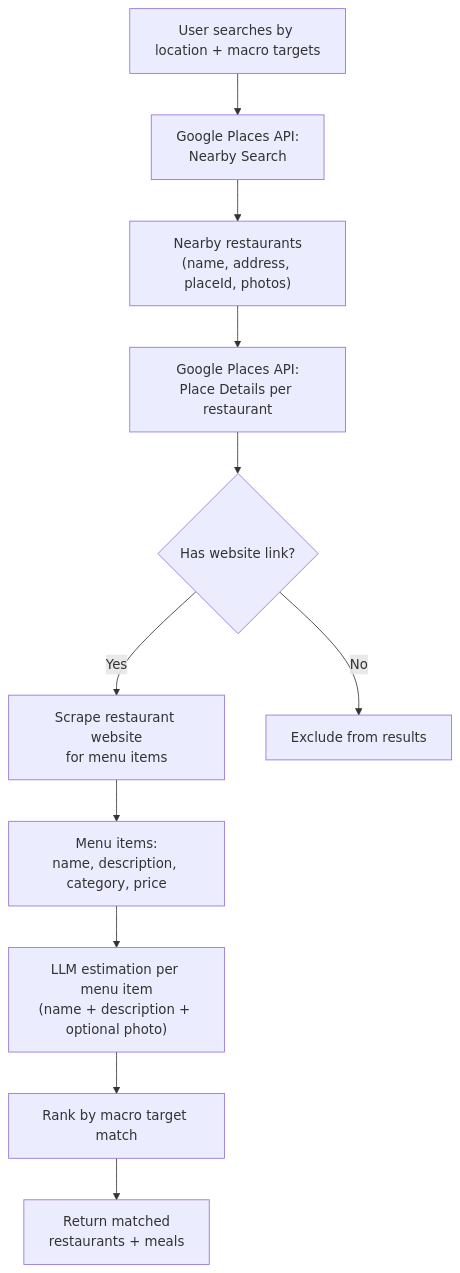
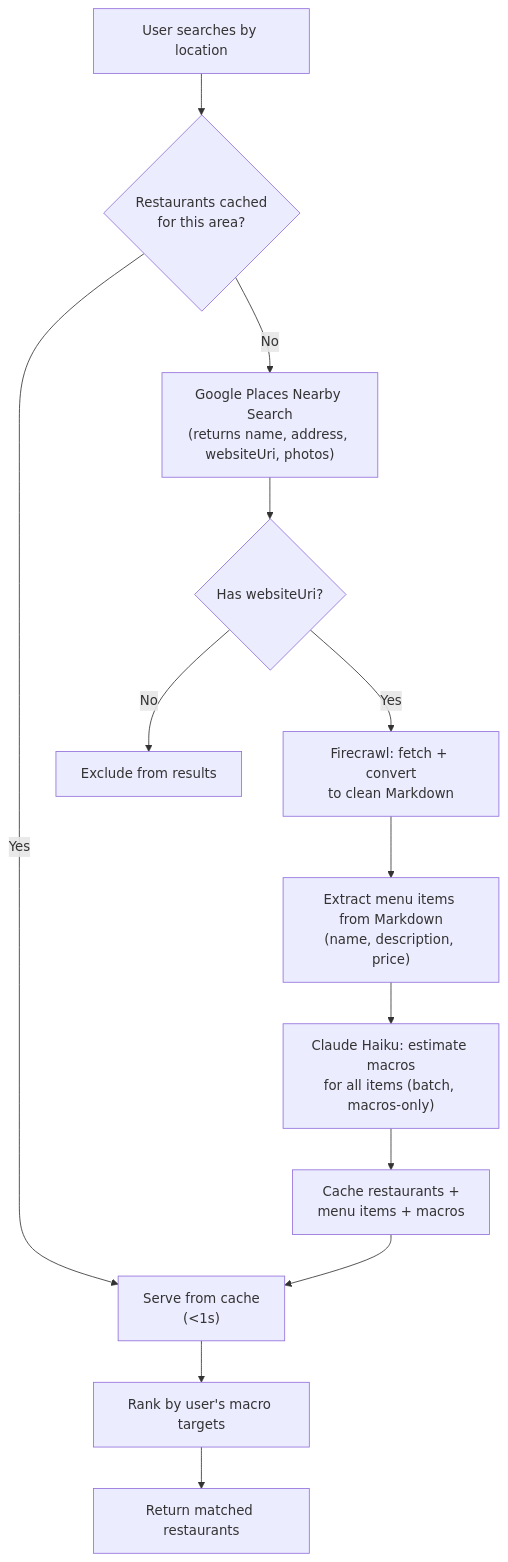
Before and after one commit to dgmolla/fitsy: the second of 3 diagrams in docs/engineering/backend/system-design.md, drawn with Mermaid. The commit also changed other lines of this file and 1 other file, not shown here.

First line of the commit message:
Major system design update: scraping architecture + cost model

````diff
--- a/docs/engineering/backend/system-design.md
+++ b/docs/engineering/backend/system-design.md
@@ -81,17 +76,20 @@
 ```mermaid
 flowchart TD
-    Search["User searches by location + macro targets"]
-    Search --> GP["Google Places API:<br/>Nearby Search"]
-    GP --> Restaurants["Nearby restaurants<br/>(name, address, placeId, photos)"]
-    Restaurants --> Details["Google Places API:<br/>Place Details per restaurant"]
-    Details --> HasWebsite{"Has website link?"}
+    Search["User searches by location"]
+    Search --> Cache{"Restaurants cached<br/>for this area?"}
 
-    HasWebsite -- "Yes" --> Scrape["Scrape restaurant website<br/>for menu items"]
+    Cache -- "Yes" --> Serve["Serve from cache<br/>(&lt;1s)"]
+    Cache -- "No" --> GP["Google Places Nearby Search<br/>(returns name, address, websiteUri, photos)"]
+
+    GP --> HasWebsite{"Has websiteUri?"}
+    HasWebsite -- "Yes" --> Scrape["Firecrawl: fetch + convert<br/>to clean Markdown"]
     HasWebsite -- "No" --> Skip["Exclude from results"]
 
-    Scrape --> Items["Menu items:<br/>name, description, category, price"]
-    Items --> Estimate["LLM estimation per menu item<br/>(name + description + optional photo)"]
+    Scrape --> Parse["Extract menu items from Markdown<br/>(name, description, price)"]
+    Parse --> Estimate["Claude Haiku: estimate macros<br/>for all items (batch, macros-only)"]
 
-    Estimate --> Ranked["Rank by macro target match"]
-    Ranked --> Results["Return matched<br/>restaurants + meals"]
+    Estimate --> Store["Cache restaurants +<br/>menu items + macros"]
+    Store --> Serve
+    Serve --> Rank["Rank by user's macro targets"]
+    Rank --> Results["Return matched restaurants"]
 ```
````
